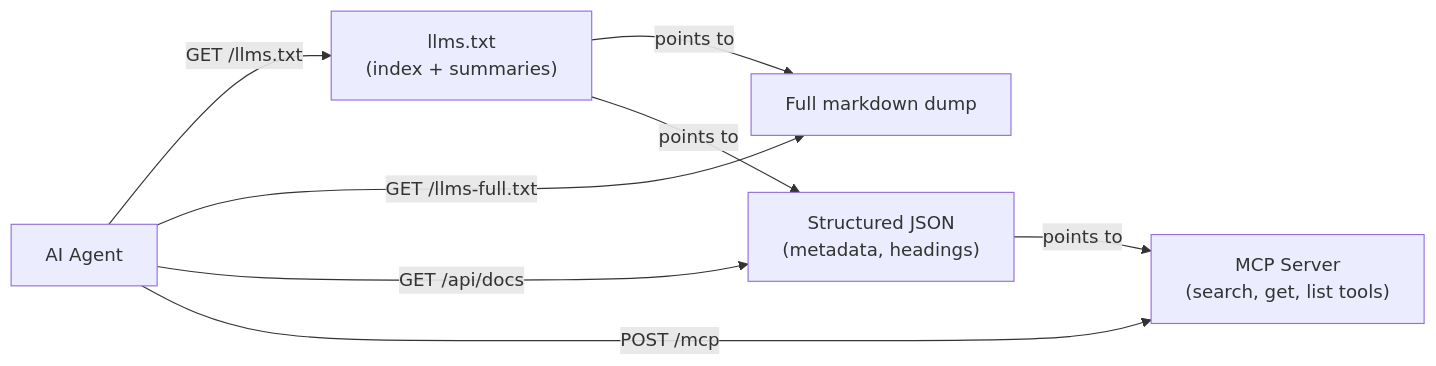
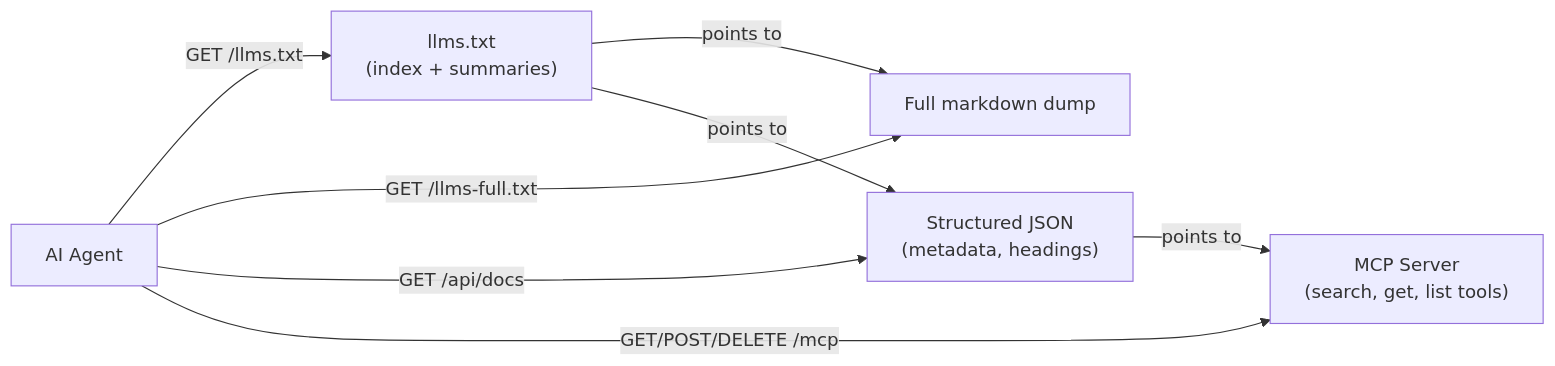
Before and after one commit to deer/denote: the third of 7 diagrams in docs/CODEBASE_MAP.md, drawn with Mermaid. The commit also changed other lines of this file and 6 other files, not shown here.

````diff
--- a/docs/CODEBASE_MAP.md
+++ b/docs/CODEBASE_MAP.md
@@ -296,11 +296,11 @@
 ```mermaid
 graph LR
     Agent[AI Agent] -->|"GET /llms.txt"| Index["llms.txt<br/>(index + summaries)"]
     Agent -->|"GET /llms-full.txt"| Full["Full markdown dump"]
     Agent -->|"GET /api/docs"| JSON["Structured JSON<br/>(metadata, headings)"]
-    Agent -->|"POST /mcp"| MCP["MCP Server<br/>(search, get, list tools)"]
+    Agent -->|"GET/POST/DELETE /mcp"| MCP["MCP Server<br/>(search, get, list tools)"]
 
     Index -->|points to| Full
     Index -->|points to| JSON
     JSON -->|points to| MCP
 ```
````
